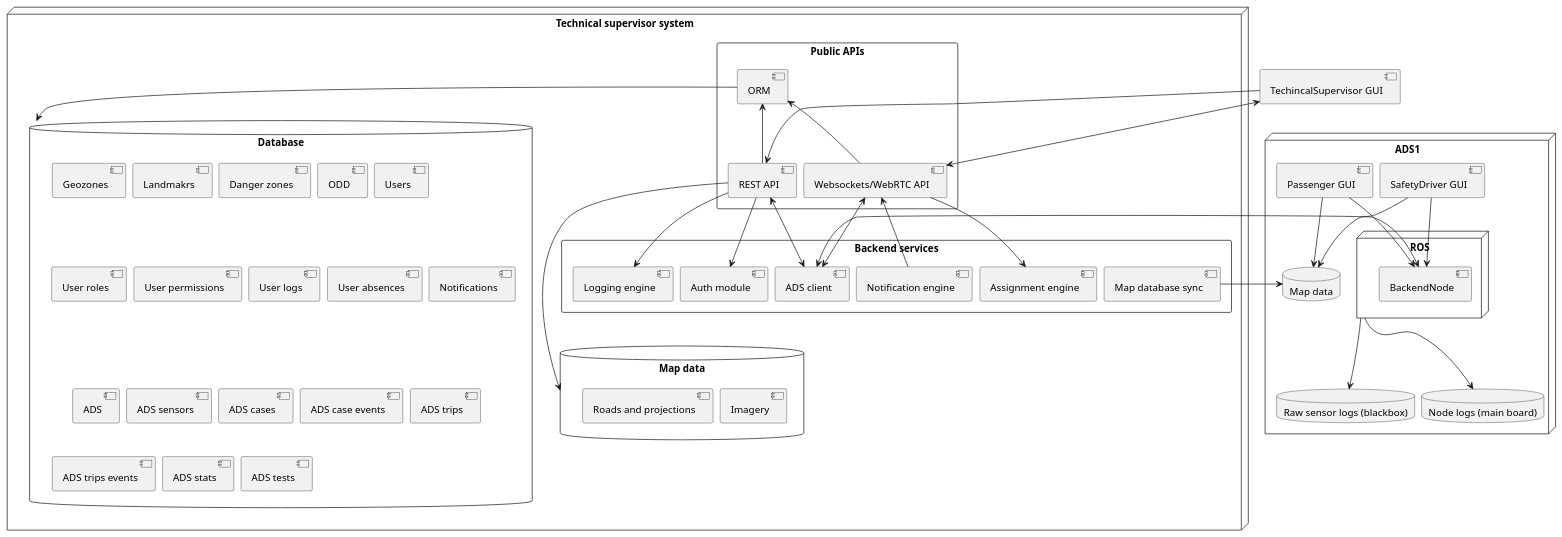
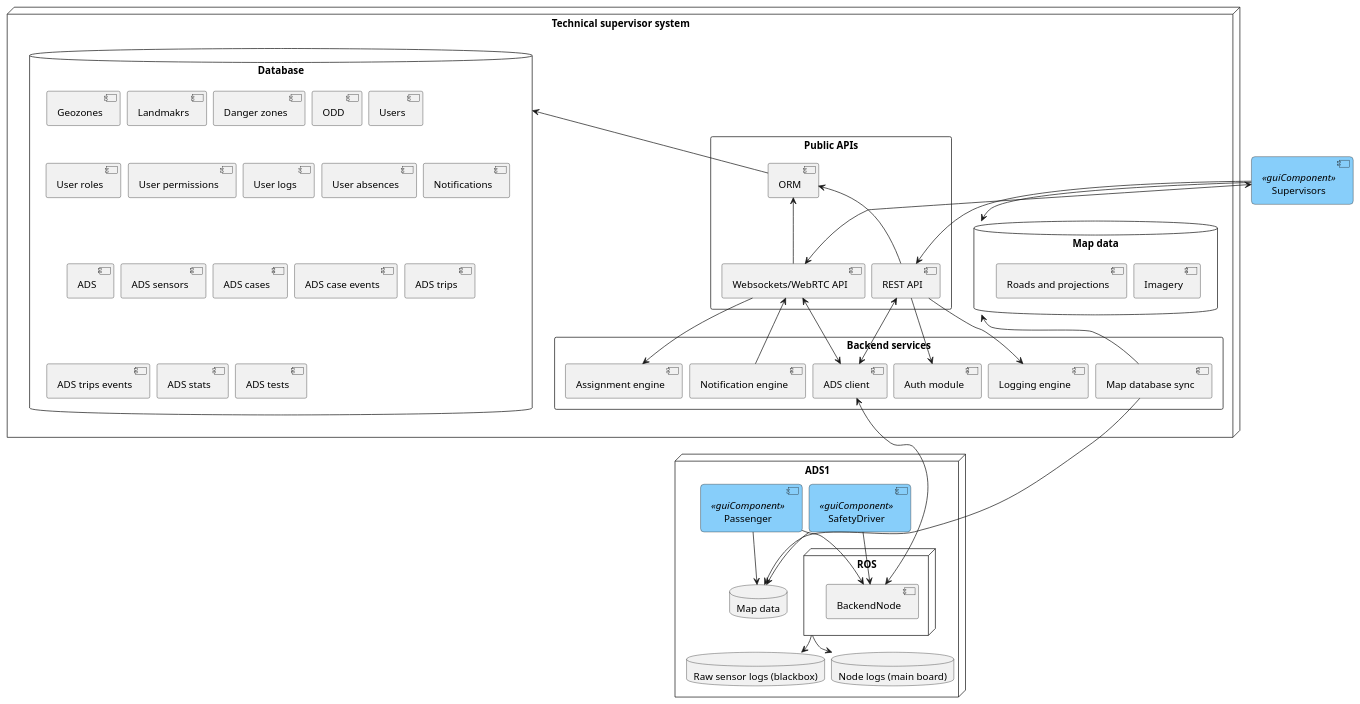
The diagram in technical_supervisor/architecture.pu (bruno-motorai/uml), drawn with PlantUML before and after one commit.

Commit message:
Style gui nodes

```diff
--- a/technical_supervisor/architecture.pu
+++ b/technical_supervisor/architecture.pu
@@ -1,92 +1,102 @@
 @startuml
 skinparam nodesep 10
 skinparam ranksep 5
 
 scale 1.0
 
-component "TechincalSupervisor GUI" as gui
+component "Supervisors" as gui <<guiComponent>>
 
 node "Technical supervisor system" as ts {
     rectangle "Public APIs" {
             component "REST API" as rest_api
             component "Websockets/WebRTC API" as ws_api
             component "ORM" as orm
         }
 
     rectangle "Backend services" as backend {
         component "Auth module" as auth
         component "Assignment engine" as assignment_engine
         component "Notification engine" as notification_engine
         component "Logging engine" as log_engine
         component "ADS client" as ads_client
         component "Map database sync" as map_sync
     }
 
 
     database "Database" as db {
         component "Geozones"
         component "Landmakrs"
         component "Danger zones"
         component "ODD"
         component "Users"
         component "User roles"
         component "User permissions"
         component "User logs"
         component "User absences"
         component "Notifications"
         component "ADS"
         component "ADS sensors"
         component "ADS cases"
         component "ADS case events"
         component "ADS trips"
         component "ADS trips events"
         component "ADS stats"
         component "ADS tests"
     }
 
     database "Map data" as map_db {
         component "Imagery"
         component "Roads and projections"
     }
 }
 
 
 node "ADS1" as ads_node { 
     node "ROS" as ads1 {
         component "BackendNode" as ads_backend_node
     }
     database "Raw sensor logs (blackbox)" as raw_logs_ads1
     database "Node logs (main board)" as logs_ads1
-    component "SafetyDriver GUI" as safety_driver_gui1
-    component "Passenger GUI" as passenger_gui1
+    component "SafetyDriver" as safety_driver_gui1 <<guiComponent>> 
+    component "Passenger" as passenger_gui1 << guiComponent >>
 
-    database "Map data" as map_db_ads 
+    database "Map data" as map_db_ads
 }
 
 ads1 -down-> raw_logs_ads1
 ads1 -down-> logs_ads1
 ' ads2 -down-> raw_logs_ads2
 ' ads2 -down-> logs_ads2
 gui -down-> rest_api
 gui <-down-> ws_api
 rest_api --> auth
 rest_api --> log_engine
 rest_api -u-> orm
 ws_api -u-> orm
-orm -d-> db
+orm -u-> db
 ws_api -d-> assignment_engine
 notification_engine -r-> ws_api
 ws_api <-d-> ads_client
 rest_api <-d-> ads_client
-rest_api ---> map_db
+gui -u-> map_db
 
 ads_backend_node <-d-> ads_client
 ' safety_driver_gui2 -l-> ads2_backend_node
 safety_driver_gui1 -d-> ads_backend_node
 safety_driver_gui1 -> map_db_ads
 ' passenger_gui2 -> ads2_backend_node
 passenger_gui1 -d-> ads_backend_node
 passenger_gui1 -d-> map_db_ads
 
-map_sync -> map_db_ads
+map_sync ---> map_db_ads
+map_sync -u-> map_db
+
+<style>
+ .guiComponent {
+     BackgroundColor LightSkyBlue
+     FontColor Black
+     ComponentBorderColor LightSlateGray
+     RoundCorner 10
+ }
+</style>
 @enduml
```
